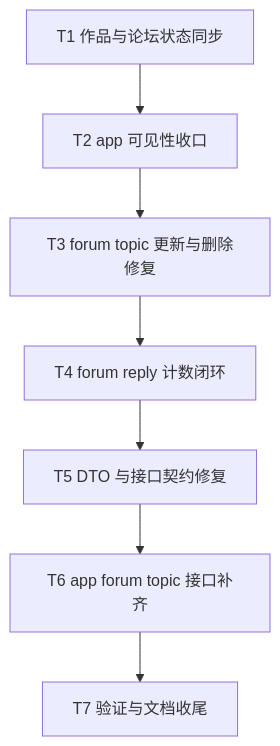
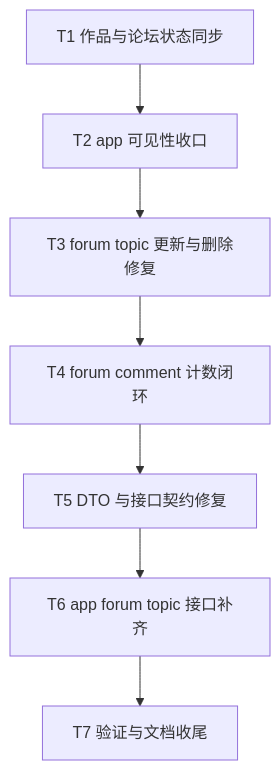
The diagram in docs/work-forum-fixes/TASK_work-forum-fixes.md (oneStrike/es-server), drawn with Mermaid before and after one commit. The commit also changed other lines of this file and 44 other files, not shown here.

````diff
--- a/docs/work-forum-fixes/TASK_work-forum-fixes.md
+++ b/docs/work-forum-fixes/TASK_work-forum-fixes.md
@@ -3,9 +3,9 @@
 ```mermaid
 flowchart TD
   T1["T1 作品与论坛状态同步"] --> T2["T2 app 可见性收口"]
   T2 --> T3["T3 forum topic 更新与删除修复"]
-  T3 --> T4["T4 forum reply 计数闭环"]
+  T3 --> T4["T4 forum comment 计数闭环"]
   T4 --> T5["T5 DTO 与接口契约修复"]
   T5 --> T6["T6 app forum topic 接口补齐"]
   T6 --> T7["T7 验证与文档收尾"]
 ```
````
